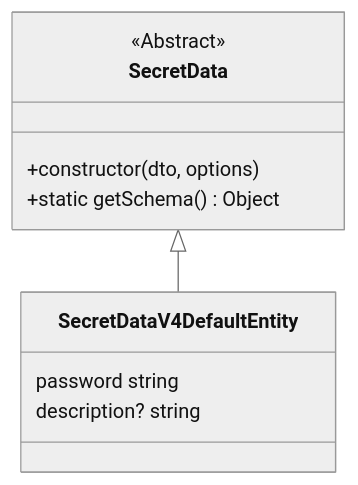
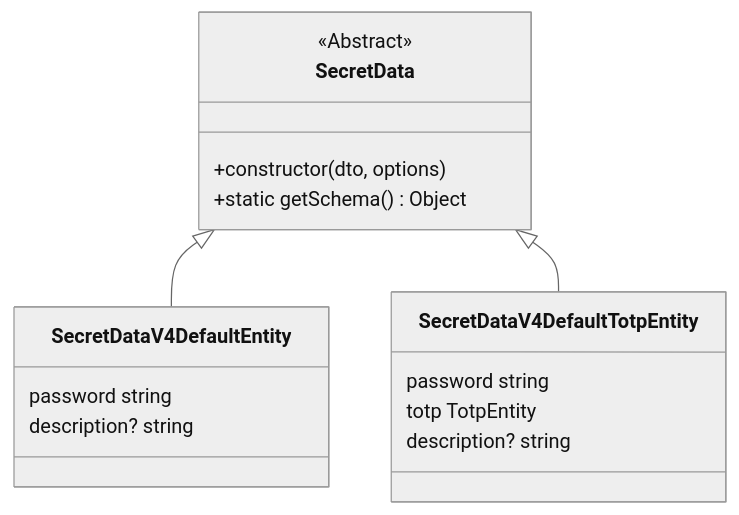
One commit to passbolt/passbolt_styleguide changed the diagram in doc/secret-data-entity.md. Above: the diagram before and after it, drawn with Mermaid. The commit also changed 6 other files, not shown here.

Commit message:
Feature/pb 39024 wp6 23 create secret data v4 default totp entity

````diff
--- a/doc/secret-data-entity.md
+++ b/doc/secret-data-entity.md
@@ -1,18 +1,24 @@
 ```mermaid
 %%{init: {'theme':'neutral'}}%%
 classDiagram
 
     class SecretData {
         <<Abstract>>
         +constructor(dto, options)
         +static getSchema() Object
     }
 
     class SecretDataV4DefaultEntity {
         password string
         description? string
     }
 
+    class SecretDataV4DefaultTotpEntity {
+        password string
+        totp TotpEntity
+        description? string
+    }
+
     SecretData <|-- SecretDataV4DefaultEntity
-
+    SecretData <|-- SecretDataV4DefaultTotpEntity
 ```
````
